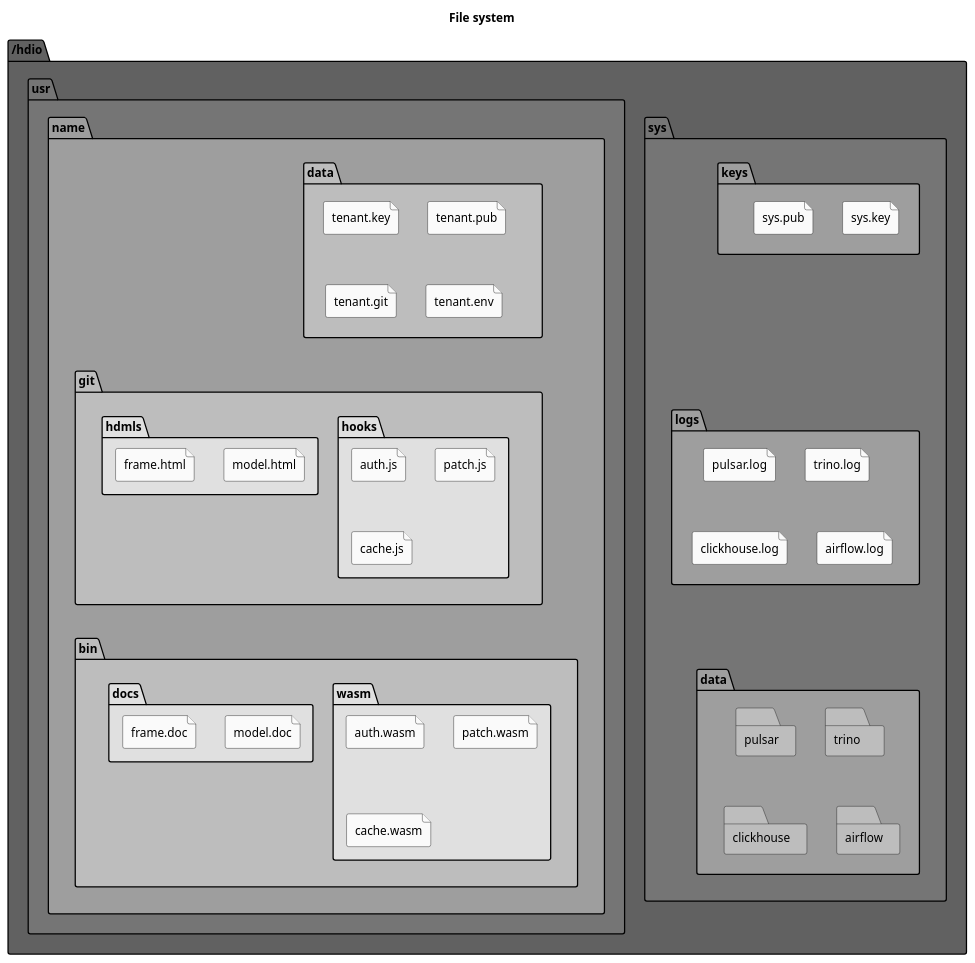
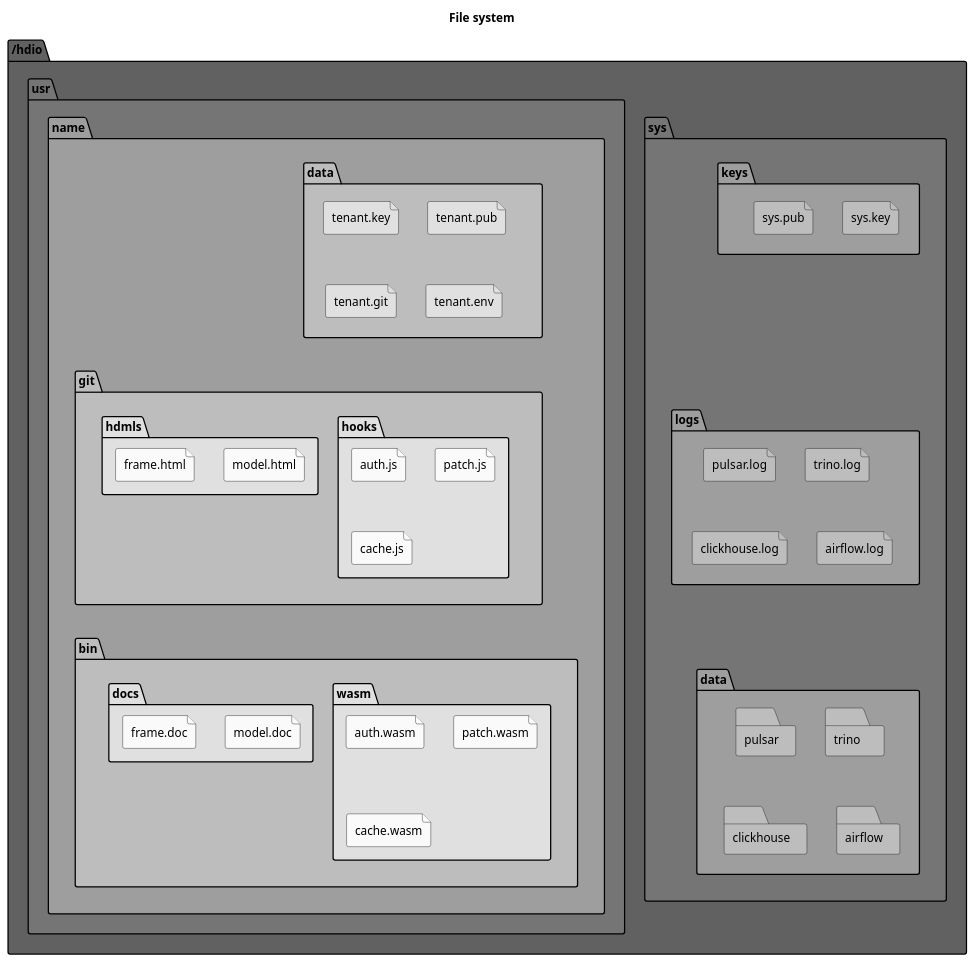
One commit to hdml-github/hdml-github.github.io changed the fifth of 5 diagrams in puml/general.puml. Above: the diagram before and after it, drawn with PlantUML. The commit also changed other lines of this file and 4 other files, not shown here.

```diff
--- a/puml/general.puml
+++ b/puml/general.puml
@@ -108,66 +147,66 @@
 @startuml fs
   title File system
 
   folder "/hdio" as hdio #616161 {
 
     folder "sys" as sys #757575 {
       folder "keys" as sys_keys #9e9e9e {
-        file "sys.key" as sys_key #fafafa
-        file "sys.pub" as sys_pub #fafafa
+        file "sys.key" as sys_key #bdbdbd
+        file "sys.pub" as sys_pub #bdbdbd
       }
 
       folder "logs" as sys_logs #9e9e9e {
-        file "pulsar.log" as pulsar_log #fafafa
-        file "trino.log" as trino_log #fafafa
-        file "clickhouse.log" as clickhouse_log #fafafa
-        file "airflow.log" as airflow.log #fafafa
+        file "pulsar.log" as pulsar_log #bdbdbd
+        file "trino.log" as trino_log #bdbdbd
+        file "clickhouse.log" as clickhouse_log #bdbdbd
+        file "airflow.log" as airflow.log #bdbdbd
       }
       sys_keys -[hidden]-- sys_logs
       
       folder "data" as sys_data #9e9e9e {
         folder "pulsar" as pulsar_data #bdbdbd
         folder "trino" as trino_data #bdbdbd
         folder "clickhouse" as clickhouse_data #bdbdbd
         folder "airflow" as airflow_data #bdbdbd
       }
       sys_logs -[hidden]-- sys_data
     }
 
     folder "usr" as usr #757575 {
       folder "name" as name #9e9e9e {
         folder "data" as usr_data #bdbdbd {
-          file "tenant.key" as key #fafafa
-          file "tenant.pub" as pub #fafafa
-          file "tenant.git" as git #fafafa
-          file "tenant.env" as dotenv #fafafa
+          file "tenant.key" as key #e0e0e0
+          file "tenant.pub" as pub #e0e0e0
+          file "tenant.git" as git #e0e0e0
+          file "tenant.env" as dotenv #e0e0e0
         }
 
         folder "git" as usr_git #bdbdbd {
           folder "hooks" as hooks #e0e0e0 {
             file "auth.js" as auth_js #fafafa
             file "patch.js" as patch_js #fafafa
             file "cache.js" as cache_js #fafafa
           }
           folder "hdmls" as hdmls #e0e0e0 {
             file "model.html" as model_html #fafafa
             file "frame.html" as frame_html #fafafa
           }
         }
         usr_data -[hidden]-- usr_git
 
         folder "bin" as usr_bin #bdbdbd {
           folder "wasm" as wasm #e0e0e0 {
             file "auth.wasm" as auth_wasm #fafafa
             file "patch.wasm" as patch_wasm #fafafa
             file "cache.wasm" as cache_wasm #fafafa
           }
           folder "docs" as docs #e0e0e0 {
             file "model.doc" as model_doc #fafafa
             file "frame.doc" as frame_doc #fafafa
           }
         }
         usr_git -[hidden]-- usr_bin
       }
     }
   }  
 @enduml
```
